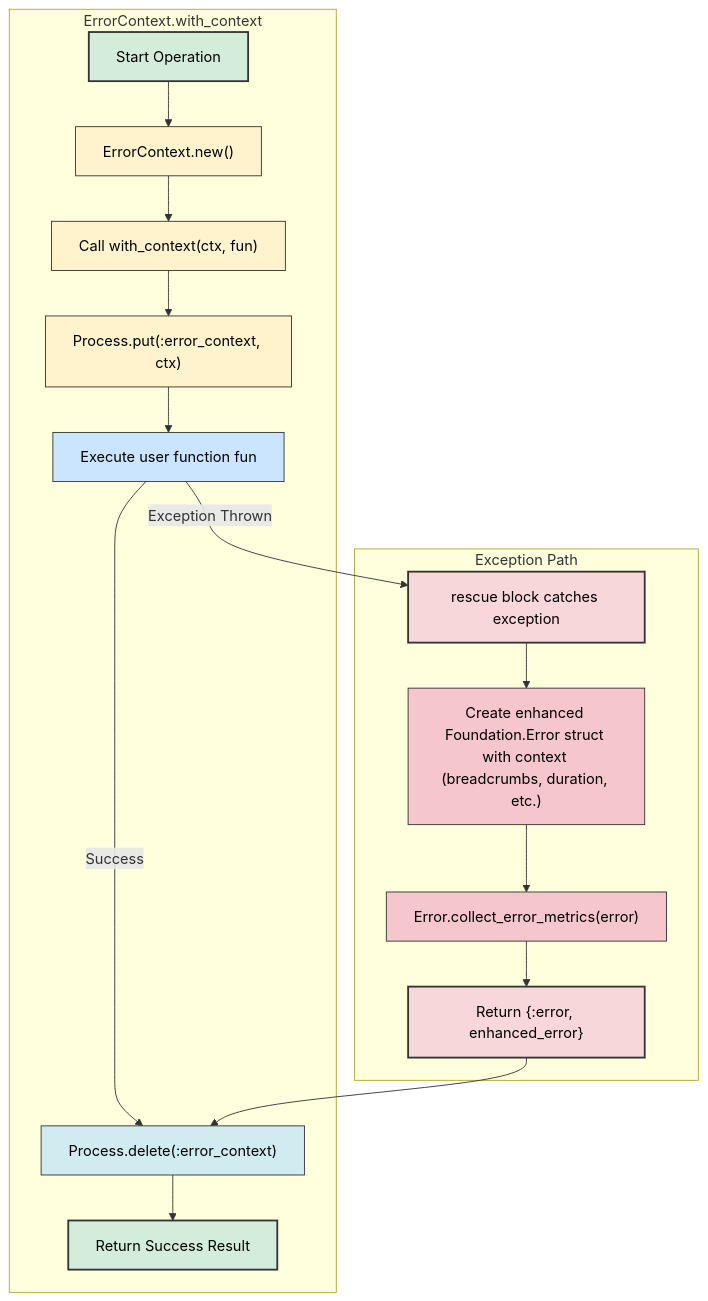
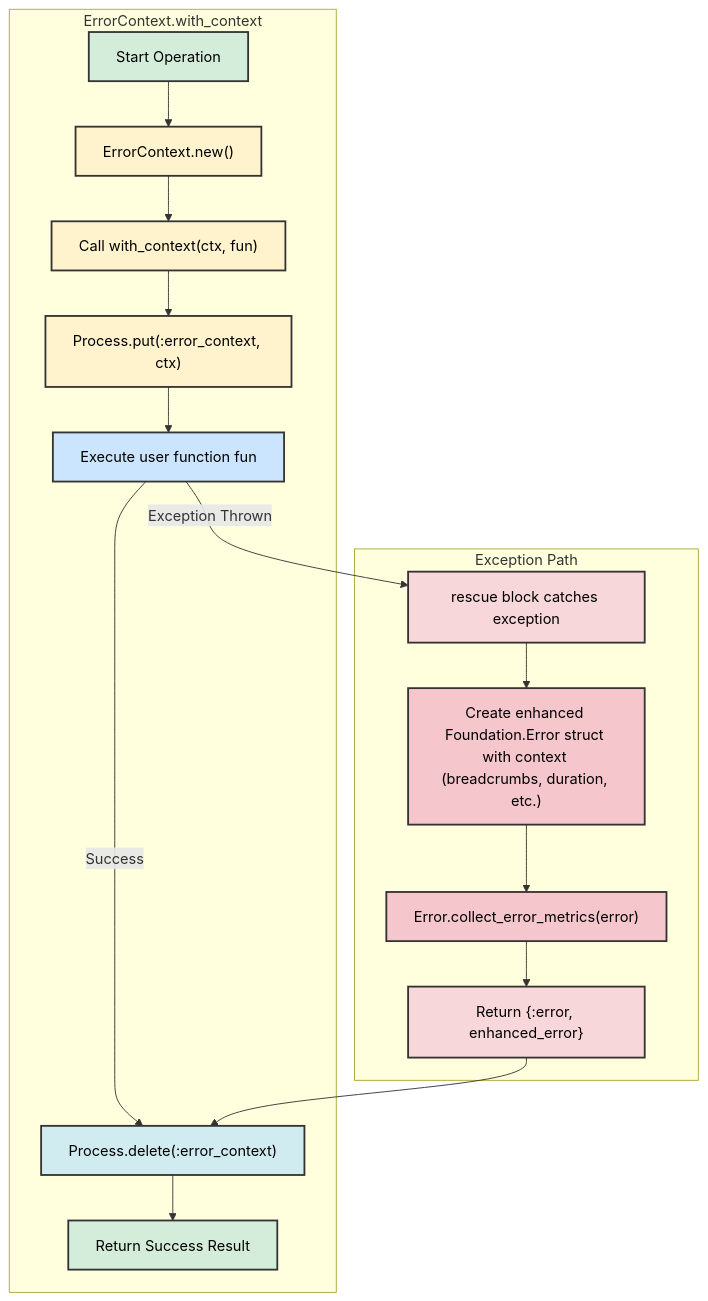
The sixth of 11 diagrams in docs/ARCH_DIAGS.md (nshkrdotcom/foundation), drawn with Mermaid before and after one commit. The commit also changed other lines of this file, not shown here.

````diff
--- a/docs/ARCH_DIAGS.md
+++ b/docs/ARCH_DIAGS.md
@@ -263,43 +263,43 @@
 ```mermaid
 graph TD
     subgraph "ErrorContext.with_context"
         Start["Start Operation"]
         CreateContext["ErrorContext.new()"]
         WithContext["Call with_context(ctx, fun)"]
         PutContext["Process.put(:error_context, ctx)"]
         ExecuteFun["Execute user function fun"]
         DeleteContext["Process.delete(:error_context)"]
         Success["Return Success Result"]
     end
 
     subgraph "Exception Path"
         CatchException["rescue block catches exception"]
         EnhanceError["Create enhanced Foundation.Error struct with context (breadcrumbs, duration, etc.)"]
         EmitTelemetry["Error.collect_error_metrics(error)"]
         ErrorResult["Return {:error, enhanced_error}"]
     end
 
     Start --> CreateContext
     CreateContext --> WithContext
     WithContext --> PutContext
     PutContext --> ExecuteFun
     ExecuteFun -- "Success" --> DeleteContext
     DeleteContext --> Success
     ExecuteFun -- "Exception Thrown" --> CatchException
     CatchException --> EnhanceError
     EnhanceError --> EmitTelemetry
     EmitTelemetry --> ErrorResult
     ErrorResult --> DeleteContext
 
-    style Start fill:#d4edda,stroke:#333,stroke-width:2px,color:#000
-    style Success fill:#d4edda,stroke:#333,stroke-width:2px,color:#000
-    style CatchException fill:#f8d7da,stroke:#333,stroke-width:2px,color:#000
-    style ErrorResult fill:#f8d7da,stroke:#333,stroke-width:2px,color:#000
-    style CreateContext fill:#fff3cd,stroke:#333,stroke-width:1px,color:#000
-    style WithContext fill:#fff3cd,stroke:#333,stroke-width:1px,color:#000
-    style PutContext fill:#fff3cd,stroke:#333,stroke-width:1px,color:#000
-    style ExecuteFun fill:#cce5ff,stroke:#333,stroke-width:1px,color:#000
-    style DeleteContext fill:#d1ecf1,stroke:#333,stroke-width:1px,color:#000
-    style EnhanceError fill:#f5c6cb,stroke:#333,stroke-width:1px,color:#000
-    style EmitTelemetry fill:#f5c6cb,stroke:#333,stroke-width:1px,color:#000
+    style Start fill:#d4edda,stroke:#333,stroke-width:2,color:#000
+    style Success fill:#d4edda,stroke:#333,stroke-width:2,color:#000
+    style CatchException fill:#f8d7da,stroke:#333,stroke-width:2,color:#000
+    style ErrorResult fill:#f8d7da,stroke:#333,stroke-width:2,color:#000
+    style CreateContext fill:#fff3cd,stroke:#333,stroke-width:2,color:#000
+    style WithContext fill:#fff3cd,stroke:#333,stroke-width:2,color:#000
+    style PutContext fill:#fff3cd,stroke:#333,stroke-width:2,color:#000
+    style ExecuteFun fill:#cce5ff,stroke:#333,stroke-width:2,color:#000
+    style DeleteContext fill:#d1ecf1,stroke:#333,stroke-width:2,color:#000
+    style EnhanceError fill:#f5c6cb,stroke:#333,stroke-width:2,color:#000
+    style EmitTelemetry fill:#f5c6cb,stroke:#333,stroke-width:2,color:#000
 ```
````
